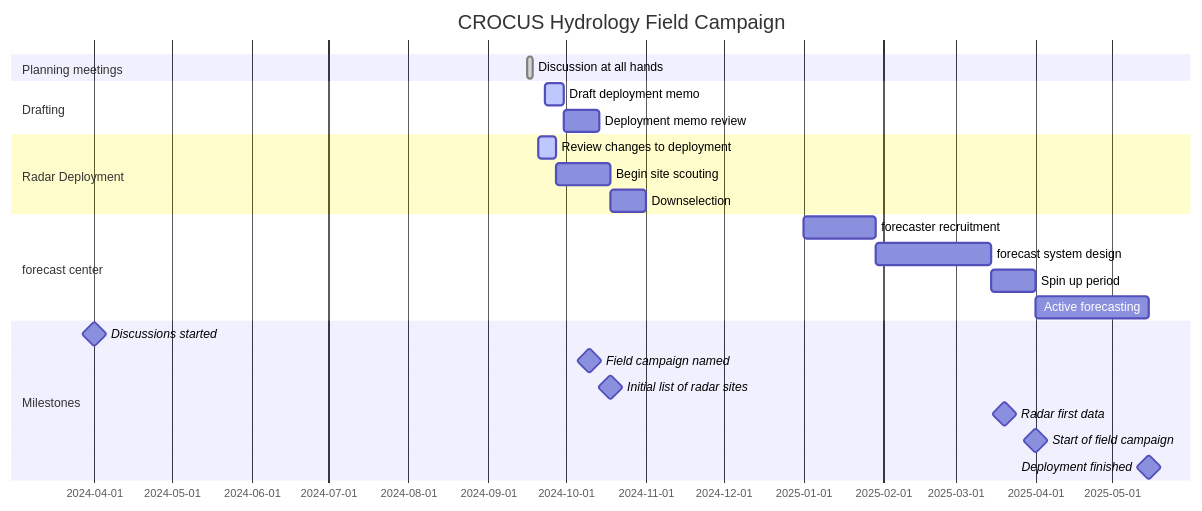
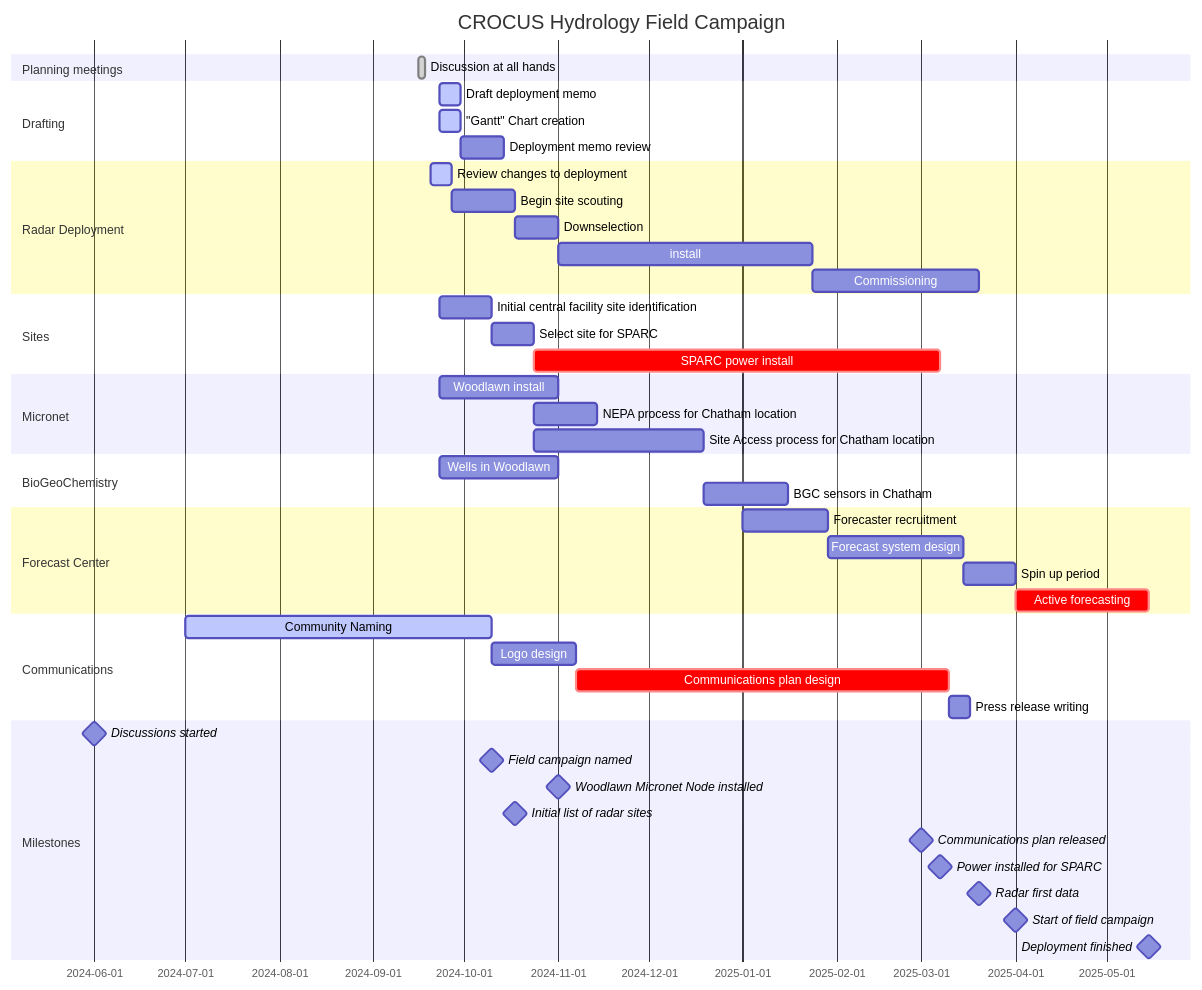
One commit to scollis/notebooks changed the diagram in testme.md. Above: the diagram before and after it, drawn with Mermaid. The commit also changed other lines of this file, not shown here.

Commit message:
ADD:testcase

````diff
--- a/testme.md
+++ b/testme.md
@@ -1,27 +1,121 @@
-```mermaid
+```mermaid <!-- element style="width:10%; height:auto" -->
+---
+
+config:
+
+theme: forest
+
+fontSize: 18pt
+
+---
+
 gantt
-    title CROCUS Hydrology Field Campaign
-    dateFormat  YYYY-MM-DD
-    tickInterval 2weeks
-    section Planning meetings
-    Discussion at all hands :done, d1, 2024-09-16, 2d
-    section Drafting
-    Draft deployment memo :active, dm1, 2024-09-23, 1w
-    Deployment memo review :dmr1, after dm1, 2w
-    section Radar Deployment
-    Review changes to deployment :active, radar1, 2024-09-20, 1w
-    Begin site scouting :radar2, after radar1, 3w
-    Downselection :radar3, after radar2, 2w
-    section forecast center
-    forecaster recruitment : recr, 2025-01-01, 4w
-    forecast system design : design, after recr, until spinup
-    Spin up period :spinup, 2025-03-15, until gotime
-    Active forecasting : critical, after gotime, until endtime 
-    section Milestones
-    Discussions started :milestone, r1, 2024-04-01, 0d
-    Field campaign named :milestone, r11, 2024-10-10, 0d
-    Initial list of radar sites :milestone, radar3, after radar2, 0d
-    Radar first data :milestone, radardara, 2025-03-20, 0d
-    Start of field campaign :milestone, gotime, 2025-04-01, 0d
-    Deployment finished :milestone, endtime, 2025-05-15, 0d
+
+title CROCUS Hydrology Field Campaign
+
+dateFormat YYYY-MM-DD
+
+tickInterval 2weeks
+
+  
+
+section Planning meetings
+
+Discussion at all hands :done, d1, 2024-09-16, 2d
+
+  
+
+section Drafting
+
+Draft deployment memo :active, dm1, 2024-09-23, 1w
+
+"Gantt" Chart creation :active, 2024-09-23, 1w
+
+Deployment memo review :dmr1, after dm1, 2w
+
+  
+
+section Radar Deployment
+
+Review changes to deployment :active, radar1, 2024-09-20, 1w
+
+Begin site scouting :radar2, after radar1, 3w
+
+Downselection :radarsel, after radar2, 2w
+
+install :radar4, after radarsel, 12w
+
+Commissioning :radarcom, after radar4, until radardata
+
+section Sites
+
+Initial central facility site identification : cfsite, 2024-09-23, 2024-10-10
+
+Select site for SPARC : cfconfirm, after cfsite, 2w
+
+SPARC power install :crit, sparcinstall, after cfconfirm, until sparcpower
+
+  
+
+section Micronet
+
+Woodlawn install : microwl, 2024-09-23, until wlinst
+
+NEPA process for Chatham location : microchatham, after cfconfirm, 3w
+
+Site Access process for Chatham location: saachat, after cfconfirm, 8w
+
+  
+
+section BioGeoChemistry
+
+Wells in Woodlawn : bgcwells, 2024-09-23, until wlinst
+
+BGC sensors in Chatham : chathsense, after saachat, 4w
+
+  
+
+section Forecast Center
+
+Forecaster recruitment : recr, 2025-01-01, 4w
+
+Forecast system design : design, after recr, until spinup
+
+Spin up period : spinup, 2025-03-15, until afore
+
+Active forecasting :crit, afore, after gotime, until endtime
+
+  
+
+section Communications
+
+Community Naming :active, 2024-07-01, 2024-10-10
+
+Logo design : ldes, after r11, 4w
+
+Communications plan design :crit, cplan, after ldes, 2025-03-10
+
+Press release writing: presser, after cplan, 1w
+
+  
+
+section Milestones
+
+Discussions started :milestone, r1, 2024-06-01, 0d
+
+Field campaign named :milestone, r11, 2024-10-10, 0d
+
+Woodlawn Micronet Node installed :milestone, wlinst, 2024-11-01, 0d
+
+Initial list of radar sites :milestone, radar3, after radar2, 0d
+
+Communications plan released :milestone, comsplan, 2025-03-01, 0d
+
+Power installed for SPARC :milestone, sparcpower, 2025-03-07, 0d
+
+Radar first data :milestone, radardata, 2025-03-20, 0d
+
+Start of field campaign :milestone, gotime, 2025-04-01, 0d
+
+Deployment finished :milestone, endtime, 2025-05-15, 0d
 ```
````
